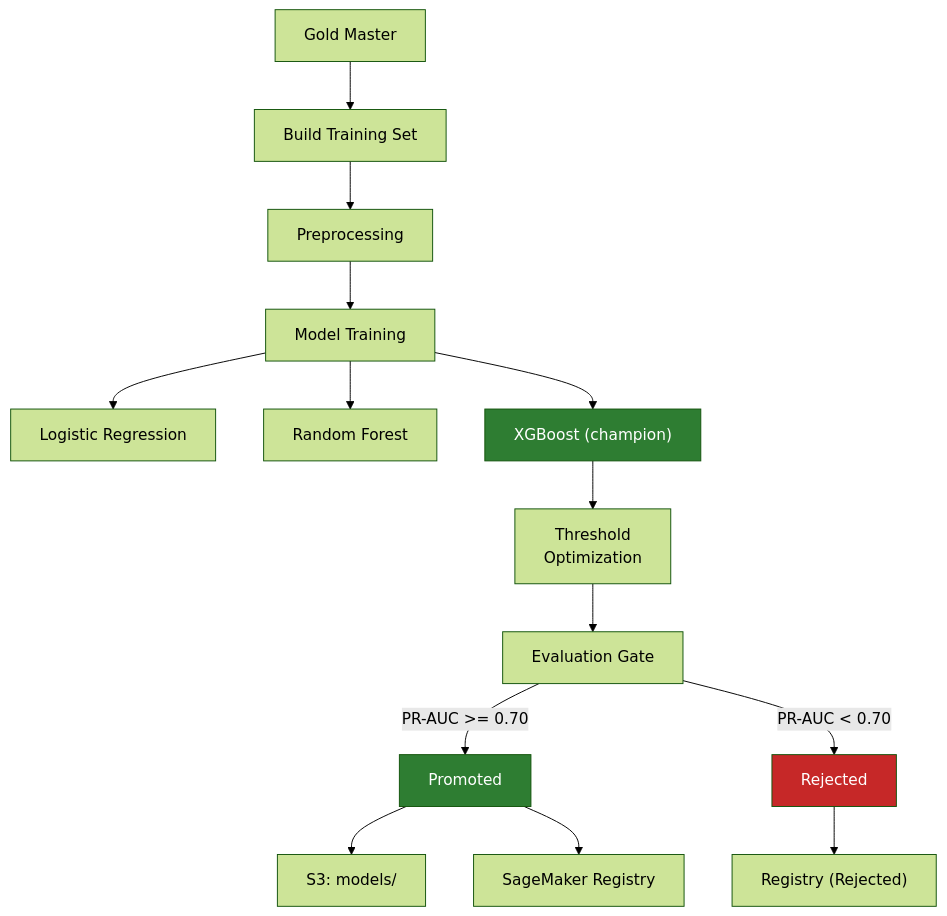
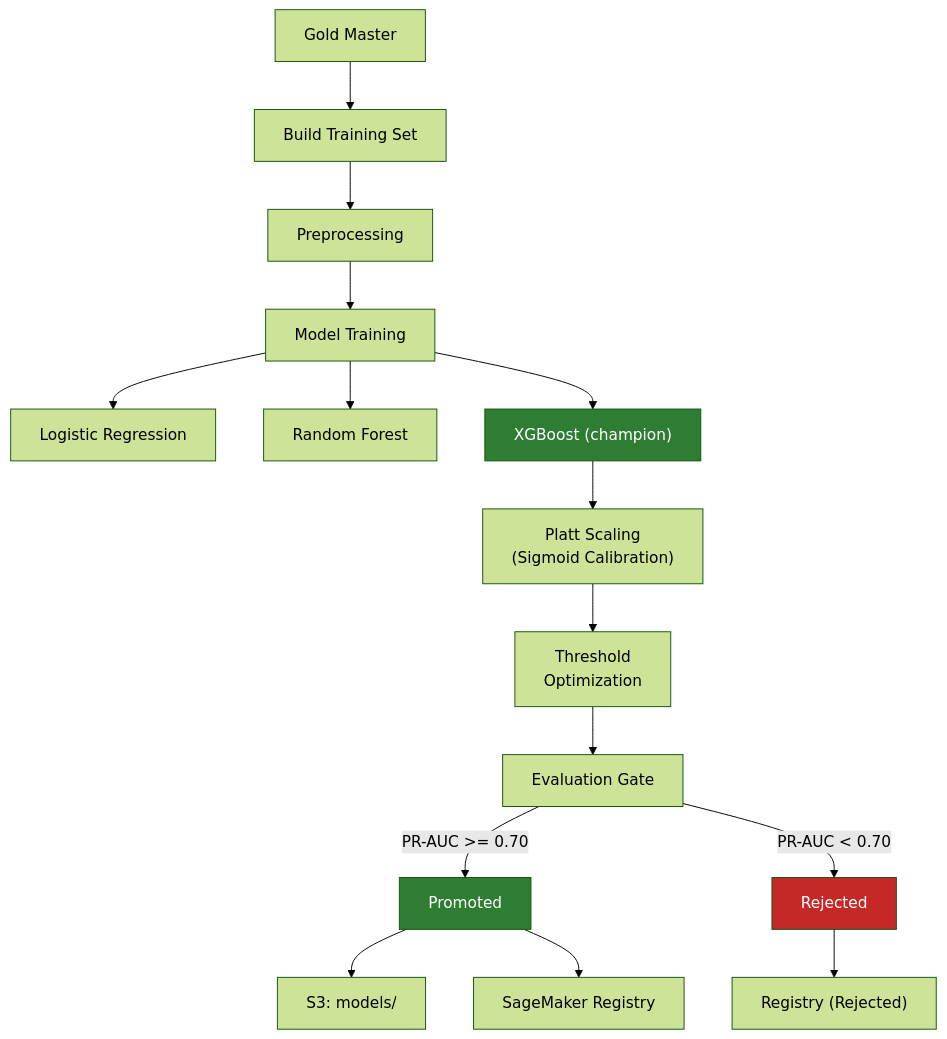
Before and after one commit to rawad-yared/bcgx-spanishgas-g1: the fourth of 8 diagrams in README.md, drawn with Mermaid (forest theme). The commit also changed other lines of this file and 4 other files, not shown here.

First line of the commit message:
Add Platt scaling and align XGBoost hyperparameters with notebook

````diff
--- a/README.md
+++ b/README.md
@@ -265,25 +265,26 @@
 ```mermaid
 graph TD
     GM["Gold Master"] --> BTS["Build Training Set"]
     BTS --> PP["Preprocessing"]
     PP --> TRAIN["Model Training"]
 
     TRAIN --> LR["Logistic Regression"]
     TRAIN --> RF["Random Forest"]
     TRAIN --> XGB["XGBoost (champion)"]
 
-    XGB --> THRESH["Threshold<br>Optimization"]
+    XGB --> PLATT["Platt Scaling<br>(Sigmoid Calibration)"]
+    PLATT --> THRESH["Threshold<br>Optimization"]
     THRESH --> EVAL["Evaluation Gate"]
 
     EVAL -->|"PR-AUC >= 0.70"| PASS["Promoted"]
     EVAL -->|"PR-AUC < 0.70"| FAIL["Rejected"]
 
     PASS --> S3_MODELS["S3: models/"]
     PASS --> SM_REG["SageMaker Registry"]
 
     FAIL --> SM_REJ["Registry (Rejected)"]
 
     style XGB fill:#2e7d32,color:#fff
     style PASS fill:#2e7d32,color:#fff
     style FAIL fill:#c62828,color:#fff
 ```
````
